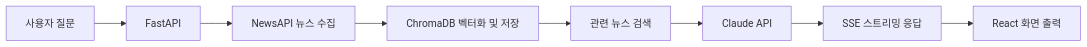
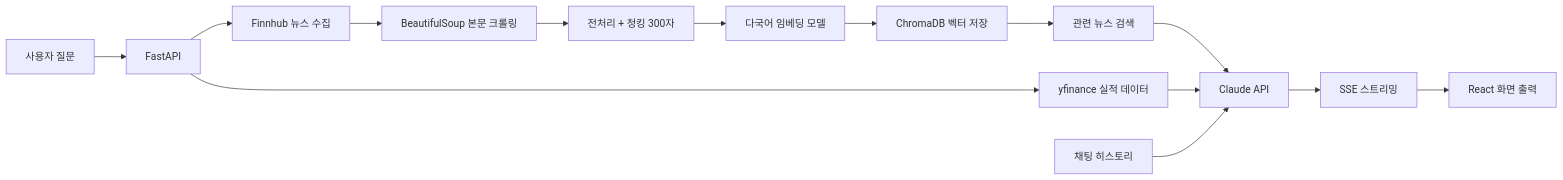
The diagram in README.md (LEo-dev5/whystock), drawn with Mermaid before and after one commit. The commit also changed other lines of this file, not shown here.

Commit message:
feat: readme update

````diff
--- a/README.md
+++ b/README.md
@@ -14,10 +14,16 @@
 ```mermaid
 graph LR
     A[사용자 질문] --> B[FastAPI]
-    B --> C[NewsAPI 뉴스 수집]
-    C --> D[ChromaDB 벡터화 및 저장]
-    D --> E[관련 뉴스 검색]
-    E --> F[Claude API]
-    F --> G[SSE 스트리밍 응답]
-    G --> H[React 화면 출력]
+    B --> C[Finnhub 뉴스 수집]
+    B --> D[yfinance 실적 데이터]
+    C --> E[BeautifulSoup 본문 크롤링]
+    E --> F[전처리 + 청킹 300자]
+    F --> G[다국어 임베딩 모델]
+    G --> H[ChromaDB 벡터 저장]
+    H --> I[관련 뉴스 검색]
+    I --> J[Claude API]
+    D --> J
+    K[채팅 히스토리] --> J
+    J --> L[SSE 스트리밍]
+    L --> M[React 화면 출력]
 ```
````
